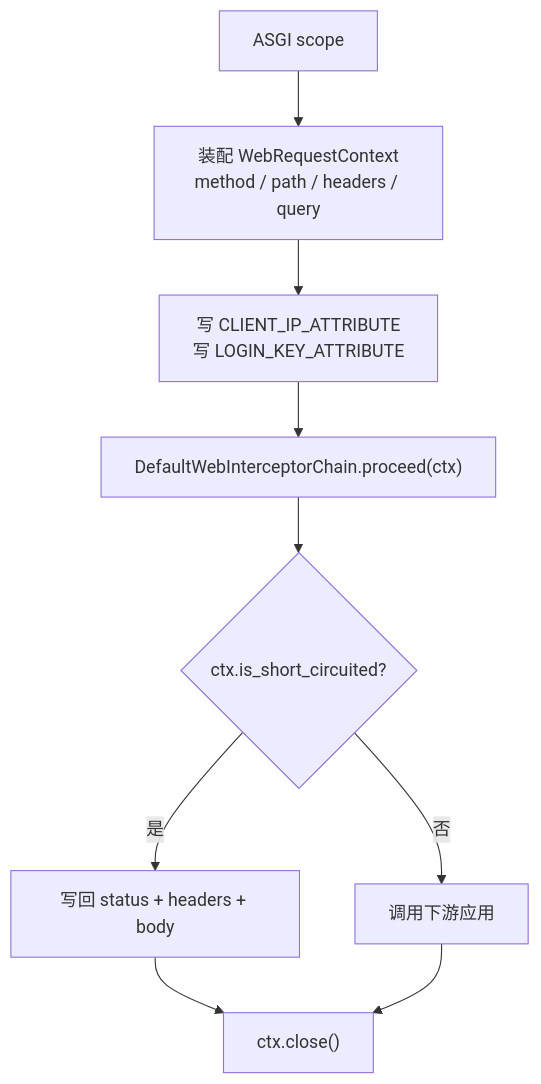
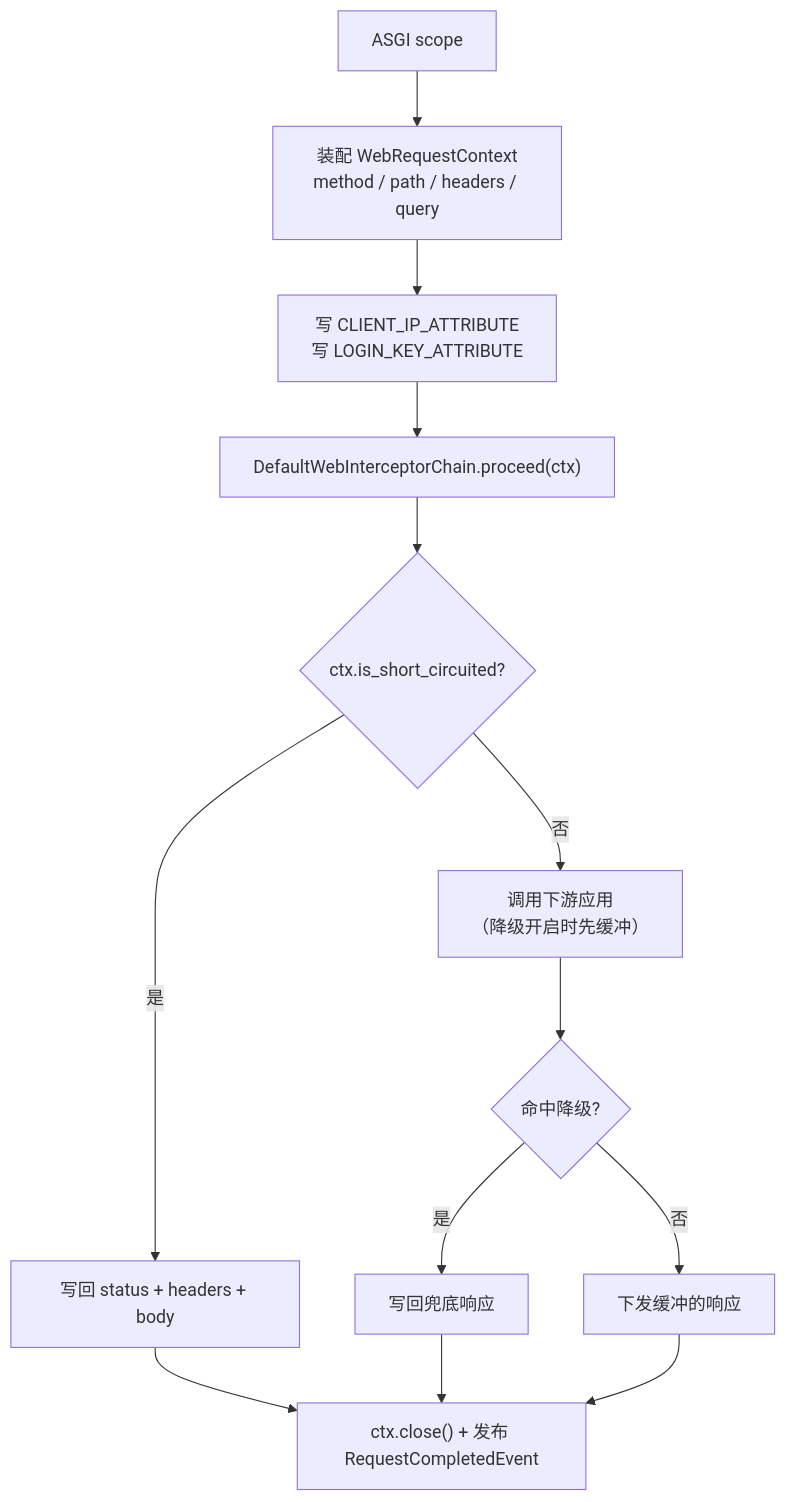
The first of 2 diagrams in components/web/web-protection-adapter-asgi/README.zh.md (richie696/atlas-richie-platform-python), drawn with Mermaid before and after one commit. The commit also changed other lines of this file and 24 other files, not shown here.

````diff
--- a/components/web/web-protection-adapter-asgi/README.zh.md
+++ b/components/web/web-protection-adapter-asgi/README.zh.md
@@ -58,11 +64,15 @@
 ```mermaid
 graph TB
     A["ASGI scope"] --> B["装配 WebRequestContext<br/>method / path / headers / query"]
     B --> C["写 CLIENT_IP_ATTRIBUTE<br/>写 LOGIN_KEY_ATTRIBUTE"]
     C --> D["DefaultWebInterceptorChain.proceed(ctx)"]
     D --> E{"ctx.is_short_circuited?"}
     E -->|是| F["写回 status + headers + body"]
-    E -->|否| G["调用下游应用"]
-    F --> H["ctx.close()"]
-    G --> H
+    E -->|否| G["调用下游应用<br/>（降级开启时先缓冲）"]
+    G --> H{"命中降级?"}
+    H -->|是| I["写回兜底响应"]
+    H -->|否| J["下发缓冲的响应"]
+    F --> K["ctx.close() + 发布 RequestCompletedEvent"]
+    I --> K
+    J --> K
 ```
````
